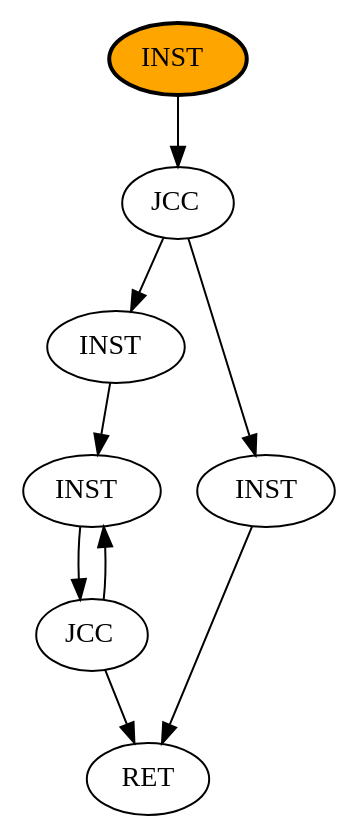
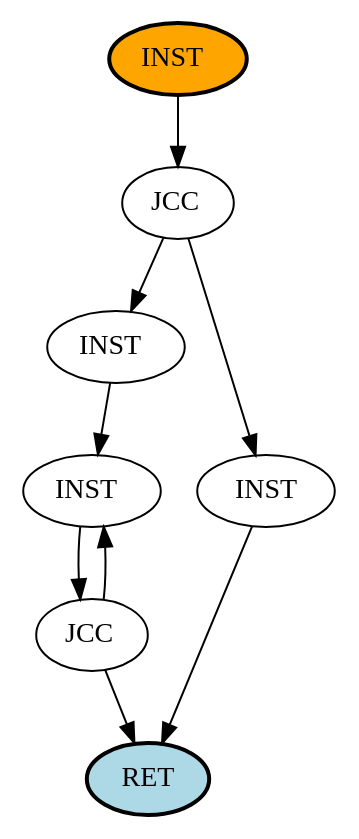
Before and after one commit to yaps8/these: the diagram in supports/detection/detectionReduit.dot, drawn with Graphviz. The commit also changed 4 other files, not shown here.

```diff
--- a/supports/detection/detectionReduit.dot
+++ b/supports/detection/detectionReduit.dot
@@ -1,17 +1,17 @@
 digraph G{
 "60" [label="INST\l", style="filled,bold", fillcolor=orange]
 "68" [label="JCC\l"]
 "6a" [label="INST\l"]
 "6f" [label="INST\l"]
 "74" [label="JCC\l"]
 "78" [label="INST"]
-"79" [label="RET"]
+"79" [label="RET", style="filled,bold", fillcolor=lightblue]
 "6f" -> "74" 
 "60" -> "68" 
 "68" -> "6a" 
 "68" -> "78" 
 "6a" -> "6f" 
 "74" -> "6f" 
 "74" -> "79" 
 "78" -> "79" 
 }
```
